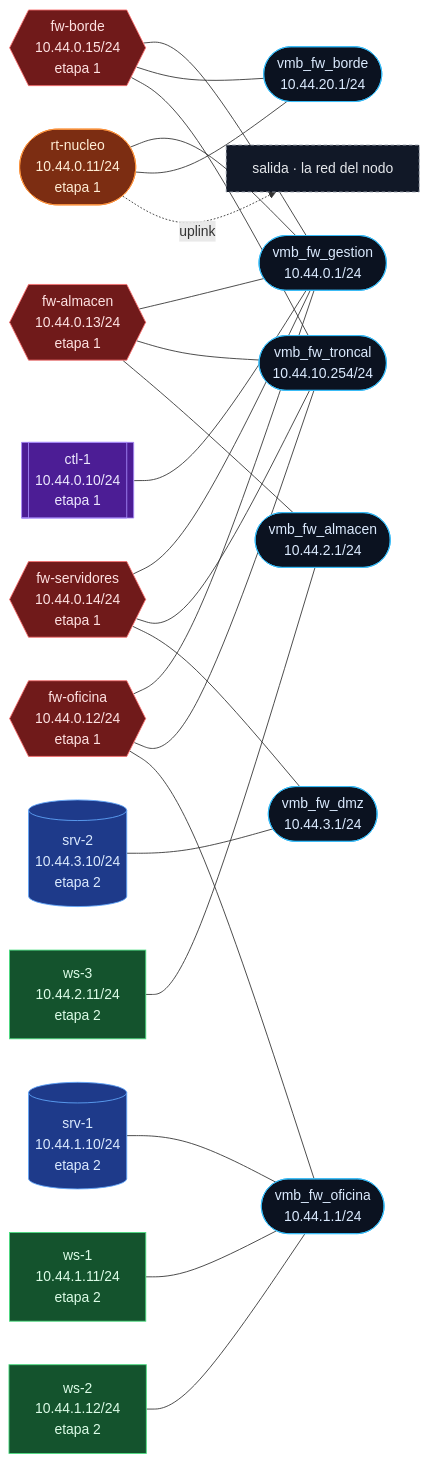
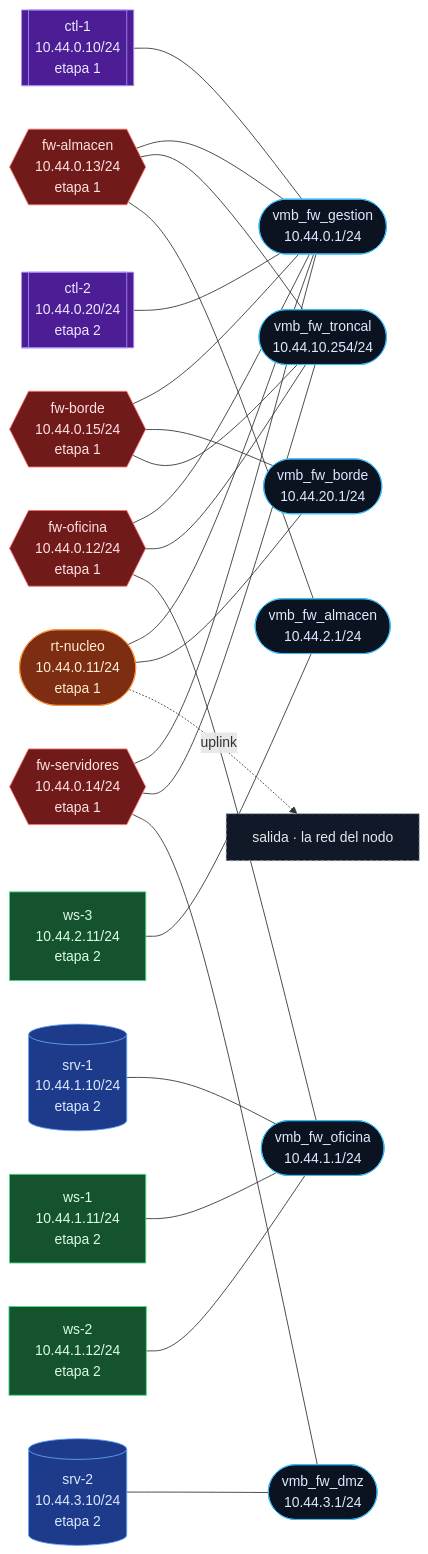
The diagram in labs/08_dunder-mifflin-con-fw/08_dunder-mifflin-con-fw.md (MagicJF/netlabs-iac), drawn with Mermaid before and after one commit. The commit also changed other lines of this file and 22 other files, not shown here.

````diff
--- a/labs/08_dunder-mifflin-con-fw/08_dunder-mifflin-con-fw.md
+++ b/labs/08_dunder-mifflin-con-fw/08_dunder-mifflin-con-fw.md
@@ -24,50 +24,52 @@
 ```mermaid
 graph LR
     classDef segmento fill:#0b1220,stroke:#38bdf8,color:#dbeafe;
     classDef salida fill:#111827,stroke:#9ca3af,color:#e5e7eb,stroke-dasharray:4 3;
     classDef rt fill:#7c2d12,stroke:#fb923c,color:#ffedd5;
     classDef fw fill:#701a1a,stroke:#f87171,color:#fee2e2;
     classDef sw fill:#134e4a,stroke:#2dd4bf,color:#ccfbf1;
     classDef srv fill:#1e3a8a,stroke:#60a5fa,color:#dbeafe;
     classDef ws fill:#14532d,stroke:#4ade80,color:#dcfce7;
     classDef ctl fill:#4c1d95,stroke:#a78bfa,color:#ede9fe;
     b_vmb_fw_gestion(["vmb_fw_gestion<br/>10.44.0.1/24"]):::segmento
     b_vmb_fw_borde(["vmb_fw_borde<br/>10.44.20.1/24"]):::segmento
     b_vmb_fw_troncal(["vmb_fw_troncal<br/>10.44.10.254/24"]):::segmento
     b_vmb_fw_oficina(["vmb_fw_oficina<br/>10.44.1.1/24"]):::segmento
     b_vmb_fw_almacen(["vmb_fw_almacen<br/>10.44.2.1/24"]):::segmento
     b_vmb_fw_dmz(["vmb_fw_dmz<br/>10.44.3.1/24"]):::segmento
     salida["salida · la red del nodo"]:::salida
     i_almacen{{"fw-almacen<br/>10.44.0.13/24<br/>etapa 1"}}:::fw
     i_almacen --- b_vmb_fw_gestion
     i_almacen --- b_vmb_fw_troncal
     i_almacen --- b_vmb_fw_almacen
     i_borde{{"fw-borde<br/>10.44.0.15/24<br/>etapa 1"}}:::fw
     i_borde --- b_vmb_fw_gestion
     i_borde --- b_vmb_fw_borde
     i_borde --- b_vmb_fw_troncal
     i_control[["ctl-1<br/>10.44.0.10/24<br/>etapa 1"]]:::ctl
     i_control --- b_vmb_fw_gestion
     i_nucleo(["rt-nucleo<br/>10.44.0.11/24<br/>etapa 1"]):::rt
     i_nucleo --- b_vmb_fw_gestion
     i_nucleo --- b_vmb_fw_borde
     i_nucleo -.->|uplink| salida
     i_oficina{{"fw-oficina<br/>10.44.0.12/24<br/>etapa 1"}}:::fw
     i_oficina --- b_vmb_fw_gestion
     i_oficina --- b_vmb_fw_troncal
     i_oficina --- b_vmb_fw_oficina
     i_servidores{{"fw-servidores<br/>10.44.0.14/24<br/>etapa 1"}}:::fw
     i_servidores --- b_vmb_fw_gestion
     i_servidores --- b_vmb_fw_troncal
     i_servidores --- b_vmb_fw_dmz
     i_ficheros[("srv-1<br/>10.44.1.10/24<br/>etapa 2")]:::srv
     i_ficheros --- b_vmb_fw_oficina
+    i_monitor[["ctl-2<br/>10.44.0.20/24<br/>etapa 2"]]:::ctl
+    i_monitor --- b_vmb_fw_gestion
     i_puesto_1["ws-1<br/>10.44.1.11/24<br/>etapa 2"]:::ws
     i_puesto_1 --- b_vmb_fw_oficina
     i_puesto_2["ws-2<br/>10.44.1.12/24<br/>etapa 2"]:::ws
     i_puesto_2 --- b_vmb_fw_oficina
     i_puesto_3["ws-3<br/>10.44.2.11/24<br/>etapa 2"]:::ws
     i_puesto_3 --- b_vmb_fw_almacen
     i_web[("srv-2<br/>10.44.3.10/24<br/>etapa 2")]:::srv
     i_web --- b_vmb_fw_dmz
 ```
````
